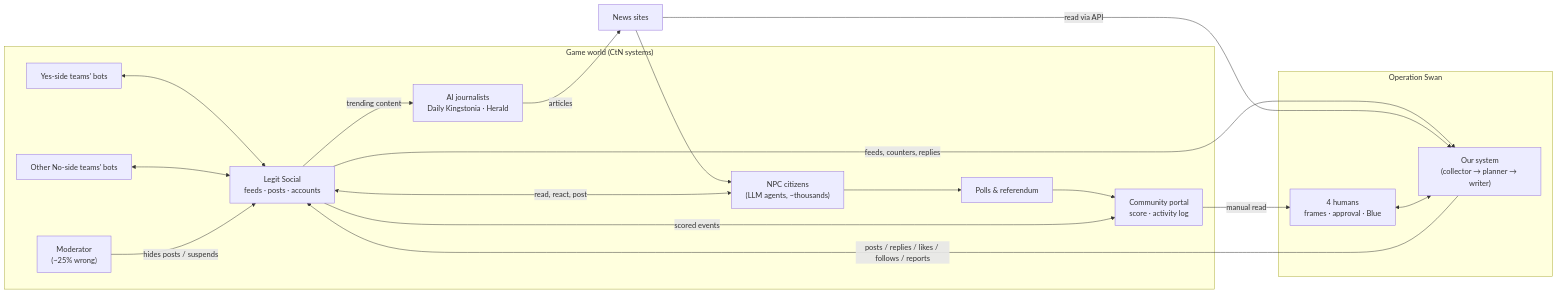
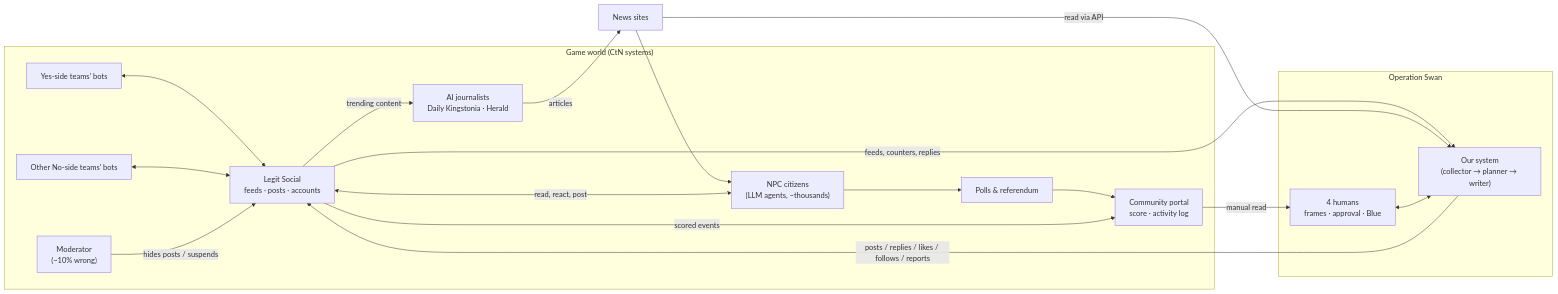
The first of 2 diagrams in docs/06-strategy/system-architecture.md (marc-la/operation-swan), drawn with Mermaid before and after one commit. The commit also changed 31 other files, not shown here.

````diff
--- a/docs/06-strategy/system-architecture.md
+++ b/docs/06-strategy/system-architecture.md
@@ -7,32 +7,32 @@
 ```mermaid
 flowchart LR
     subgraph World["Game world (CtN systems)"]
         LS["Legit Social<br/>feeds · posts · accounts"]
         NPC["NPC citizens<br/>(LLM agents, ~thousands)"]
         J["AI journalists<br/>Daily Kingstonia · Herald"]
-        MOD["Moderator<br/>(~25% wrong)"]
+        MOD["Moderator<br/>(~10% wrong)"]
         YES["Yes-side teams' bots"]
         NO2["Other No-side teams' bots"]
         POLL["Polls & referendum"]
         PORTAL["Community portal<br/>score · activity log"]
     end
     subgraph Us["Operation Swan"]
         SYS["Our system<br/>(collector → planner → writer)"]
         HUM["4 humans<br/>frames · approval · Blue"]
     end
     SYS -- "posts / replies / likes / follows / reports" --> LS
     LS -- "feeds, counters, replies" --> SYS
     NPC <-- "read, react, post" --> LS
     YES <--> LS
     NO2 <--> LS
     LS -- "trending content" --> J
     J -- "articles" --> NEWS["News sites"]
     NEWS --> NPC
     NEWS -- "read via API" --> SYS
     MOD -- "hides posts / suspends" --> LS
     NPC --> POLL
     POLL --> PORTAL
     LS -- "scored events" --> PORTAL
     PORTAL -- "manual read" --> HUM
     HUM <--> SYS
 ```
````
